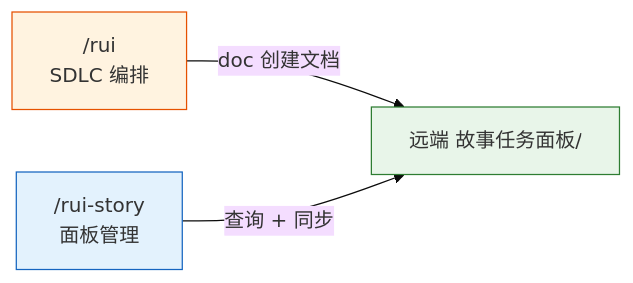
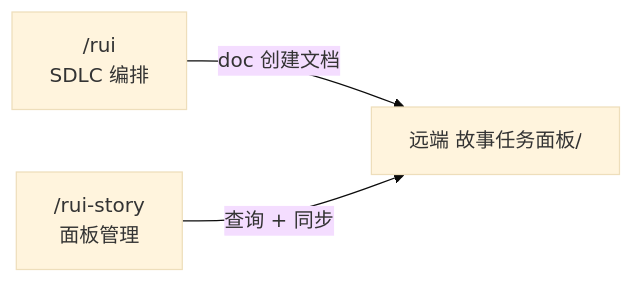
Diagram 12 of 12 in skills/rui-story/SKILL.md (effiy/YrY), drawn with Mermaid (base theme) before and after one commit. The commit also changed other lines of this file and 61 other files, not shown here.

````diff
--- a/skills/rui-story/SKILL.md
+++ b/skills/rui-story/SKILL.md
@@ -559,9 +351,6 @@
 ```mermaid
 flowchart LR
     RUI["/rui<br/>SDLC 编排"]:::rui -->|"doc 创建文档"| PANEL["远端 故事任务面板/"]:::panel
     RS["/rui-story<br/>面板管理"]:::story -->|"查询 + 同步"| PANEL
 
-    classDef rui fill:#fff3e0,stroke:#e65100;
-    classDef story fill:#e3f2fd,stroke:#1565c0;
-    classDef panel fill:#e8f5e9,stroke:#2e7d32;
 ```
````
